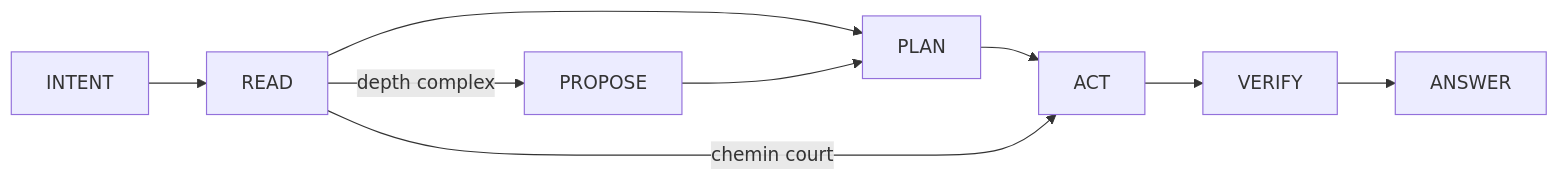
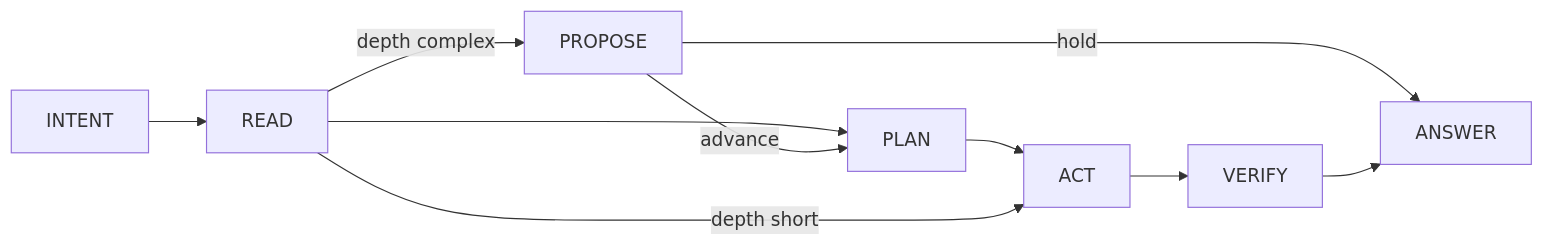
One commit to DroxKiwi/Drox---IDE---OR changed the fifth of 13 diagrams in README.md. Above: the diagram before and after it, drawn with Mermaid. The commit also changed other lines of this file, not shown here.

````diff
--- a/README.md
+++ b/README.md
@@ -158,11 +163,12 @@
 ```mermaid
 flowchart LR
   I[INTENT] --> R[READ]
   R -->|depth complex| P[PROPOSE]
   R --> PL[PLAN]
-  P --> PL
+  P -->|advance| PL
+  P -->|hold| AN[ANSWER]
   PL --> A[ACT]
-  R -->|chemin court| A
+  R -->|depth short| A
   A --> V[VERIFY]
-  V --> AN[ANSWER]
+  V --> AN
 ```
````
